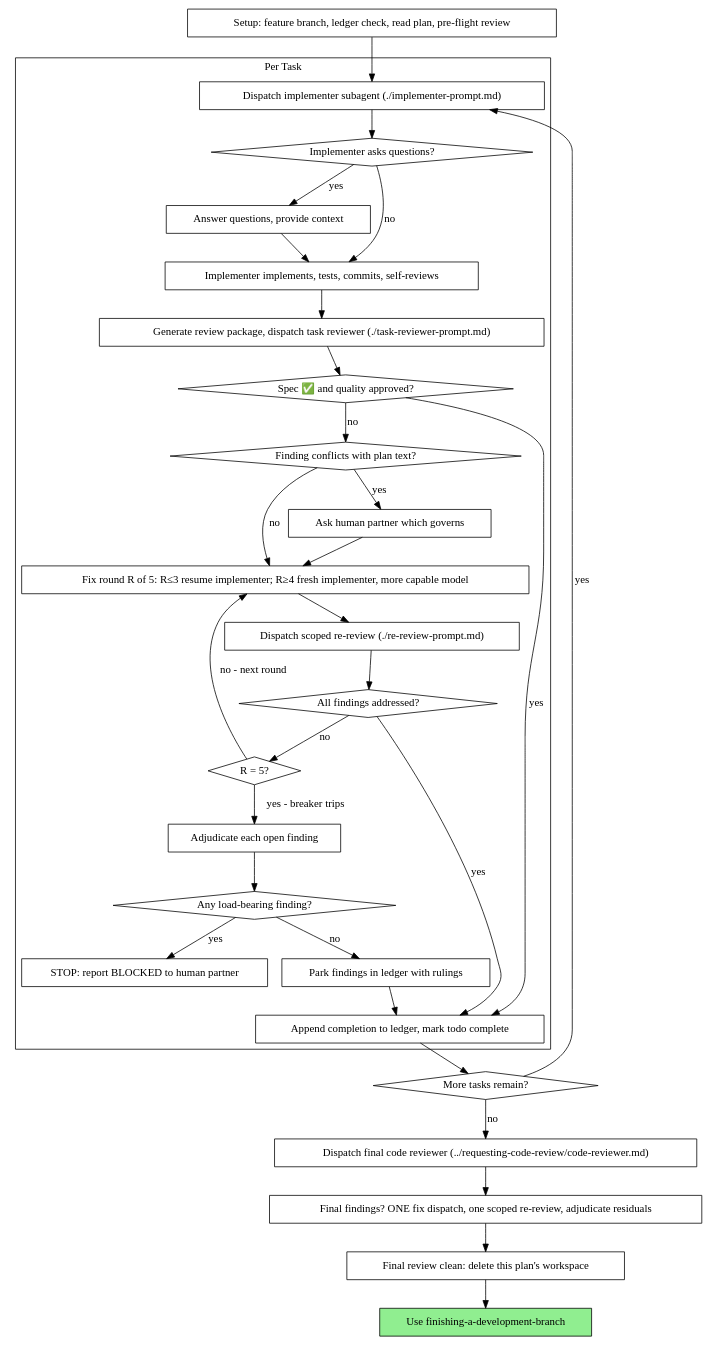
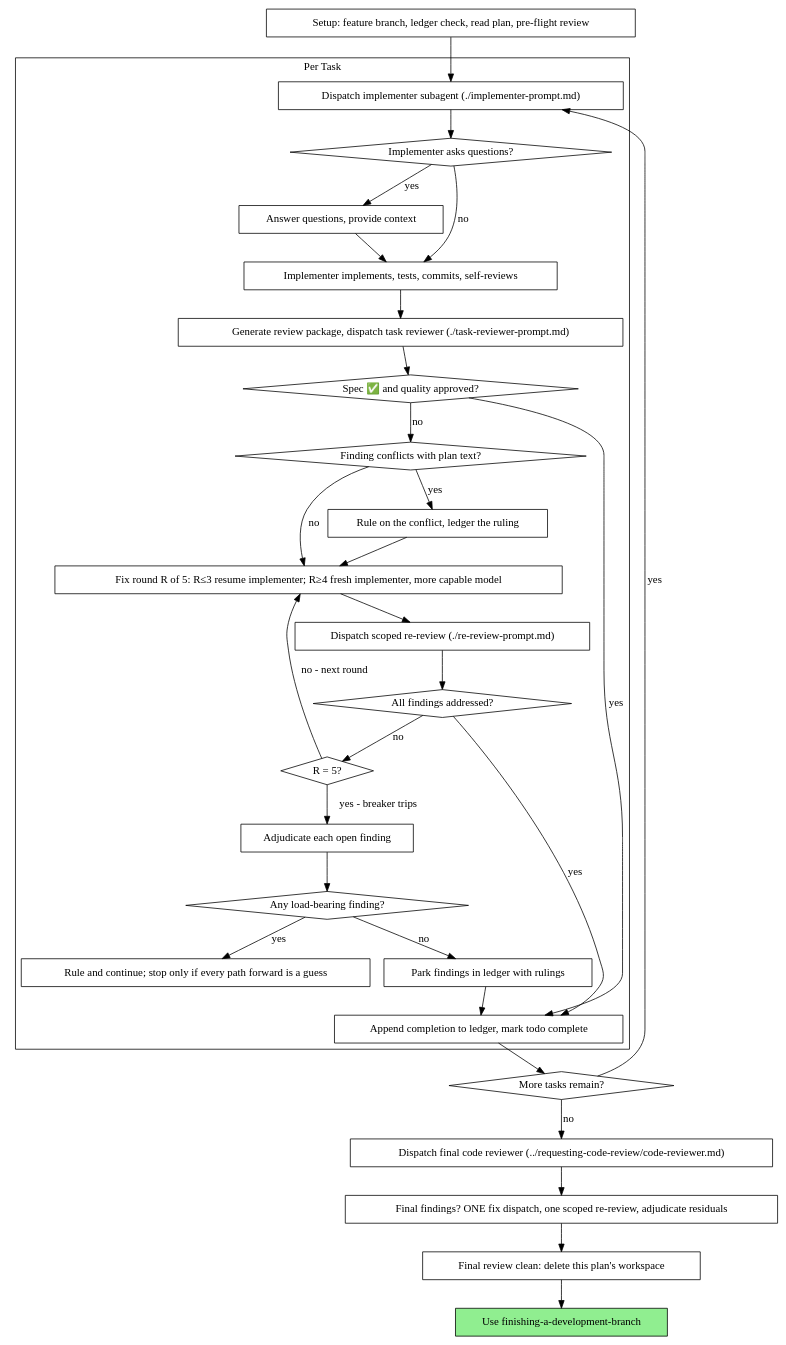
The second of 2 diagrams in skills/subagent-driven-development/SKILL.md (ramuzes/skills), drawn with Graphviz before and after one commit. The commit also changed other lines of this file and 6 other files, not shown here.

````diff
--- a/skills/subagent-driven-development/SKILL.md
+++ b/skills/subagent-driven-development/SKILL.md
@@ -39,62 +53,62 @@
 ```dot
 digraph process {
     rankdir=TB;
 
     subgraph cluster_per_task {
         label="Per Task";
         "Dispatch implementer subagent (./implementer-prompt.md)" [shape=box];
         "Implementer asks questions?" [shape=diamond];
         "Answer questions, provide context" [shape=box];
         "Implementer implements, tests, commits, self-reviews" [shape=box];
         "Generate review package, dispatch task reviewer (./task-reviewer-prompt.md)" [shape=box];
         "Spec ✅ and quality approved?" [shape=diamond];
         "Finding conflicts with plan text?" [shape=diamond];
-        "Ask human partner which governs" [shape=box];
+        "Rule on the conflict, ledger the ruling" [shape=box];
         "Fix round R of 5: R≤3 resume implementer; R≥4 fresh implementer, more capable model" [shape=box];
         "Dispatch scoped re-review (./re-review-prompt.md)" [shape=box];
         "All findings addressed?" [shape=diamond];
         "R = 5?" [shape=diamond];
         "Adjudicate each open finding" [shape=box];
         "Any load-bearing finding?" [shape=diamond];
-        "STOP: report BLOCKED to human partner" [shape=box];
+        "Rule and continue; stop only if every path forward is a guess" [shape=box];
         "Park findings in ledger with rulings" [shape=box];
         "Append completion to ledger, mark todo complete" [shape=box];
     }
 
     "Setup: feature branch, ledger check, read plan, pre-flight review" [shape=box];
     "More tasks remain?" [shape=diamond];
     "Dispatch final code reviewer (../requesting-code-review/code-reviewer.md)" [shape=box];
     "Final findings? ONE fix dispatch, one scoped re-review, adjudicate residuals" [shape=box];
     "Final review clean: delete this plan's workspace" [shape=box];
     "Use finishing-a-development-branch" [shape=box style=filled fillcolor=lightgreen];
 
     "Setup: feature branch, ledger check, read plan, pre-flight review" -> "Dispatch implementer subagent (./implementer-prompt.md)";
     "Dispatch implementer subagent (./implementer-prompt.md)" -> "Implementer asks questions?";
     "Implementer asks questions?" -> "Answer questions, provide context" [label="yes"];
     "Answer questions, provide context" -> "Implementer implements, tests, commits, self-reviews";
     "Implementer asks questions?" -> "Implementer implements, tests, commits, self-reviews" [label="no"];
     "Implementer implements, tests, commits, self-reviews" -> "Generate review package, dispatch task reviewer (./task-reviewer-prompt.md)";
     "Generate review package, dispatch task reviewer (./task-reviewer-prompt.md)" -> "Spec ✅ and quality approved?";
     "Spec ✅ and quality approved?" -> "Append completion to ledger, mark todo complete" [label="yes"];
     "Spec ✅ and quality approved?" -> "Finding conflicts with plan text?" [label="no"];
-    "Finding conflicts with plan text?" -> "Ask human partner which governs" [label="yes"];
-    "Ask human partner which governs" -> "Fix round R of 5: R≤3 resume implementer; R≥4 fresh implementer, more capable model";
+    "Finding conflicts with plan text?" -> "Rule on the conflict, ledger the ruling" [label="yes"];
+    "Rule on the conflict, ledger the ruling" -> "Fix round R of 5: R≤3 resume implementer; R≥4 fresh implementer, more capable model";
     "Finding conflicts with plan text?" -> "Fix round R of 5: R≤3 resume implementer; R≥4 fresh implementer, more capable model" [label="no"];
     "Fix round R of 5: R≤3 resume implementer; R≥4 fresh implementer, more capable model" -> "Dispatch scoped re-review (./re-review-prompt.md)";
     "Dispatch scoped re-review (./re-review-prompt.md)" -> "All findings addressed?";
     "All findings addressed?" -> "Append completion to ledger, mark todo complete" [label="yes"];
     "All findings addressed?" -> "R = 5?" [label="no"];
     "R = 5?" -> "Fix round R of 5: R≤3 resume implementer; R≥4 fresh implementer, more capable model" [label="no - next round"];
     "R = 5?" -> "Adjudicate each open finding" [label="yes - breaker trips"];
     "Adjudicate each open finding" -> "Any load-bearing finding?";
-    "Any load-bearing finding?" -> "STOP: report BLOCKED to human partner" [label="yes"];
+    "Any load-bearing finding?" -> "Rule and continue; stop only if every path forward is a guess" [label="yes"];
     "Any load-bearing finding?" -> "Park findings in ledger with rulings" [label="no"];
     "Park findings in ledger with rulings" -> "Append completion to ledger, mark todo complete";
     "Append completion to ledger, mark todo complete" -> "More tasks remain?";
     "More tasks remain?" -> "Dispatch implementer subagent (./implementer-prompt.md)" [label="yes"];
     "More tasks remain?" -> "Dispatch final code reviewer (../requesting-code-review/code-reviewer.md)" [label="no"];
     "Dispatch final code reviewer (../requesting-code-review/code-reviewer.md)" -> "Final findings? ONE fix dispatch, one scoped re-review, adjudicate residuals";
     "Final findings? ONE fix dispatch, one scoped re-review, adjudicate residuals" -> "Final review clean: delete this plan's workspace";
     "Final review clean: delete this plan's workspace" -> "Use finishing-a-development-branch";
 }
 ```
````
